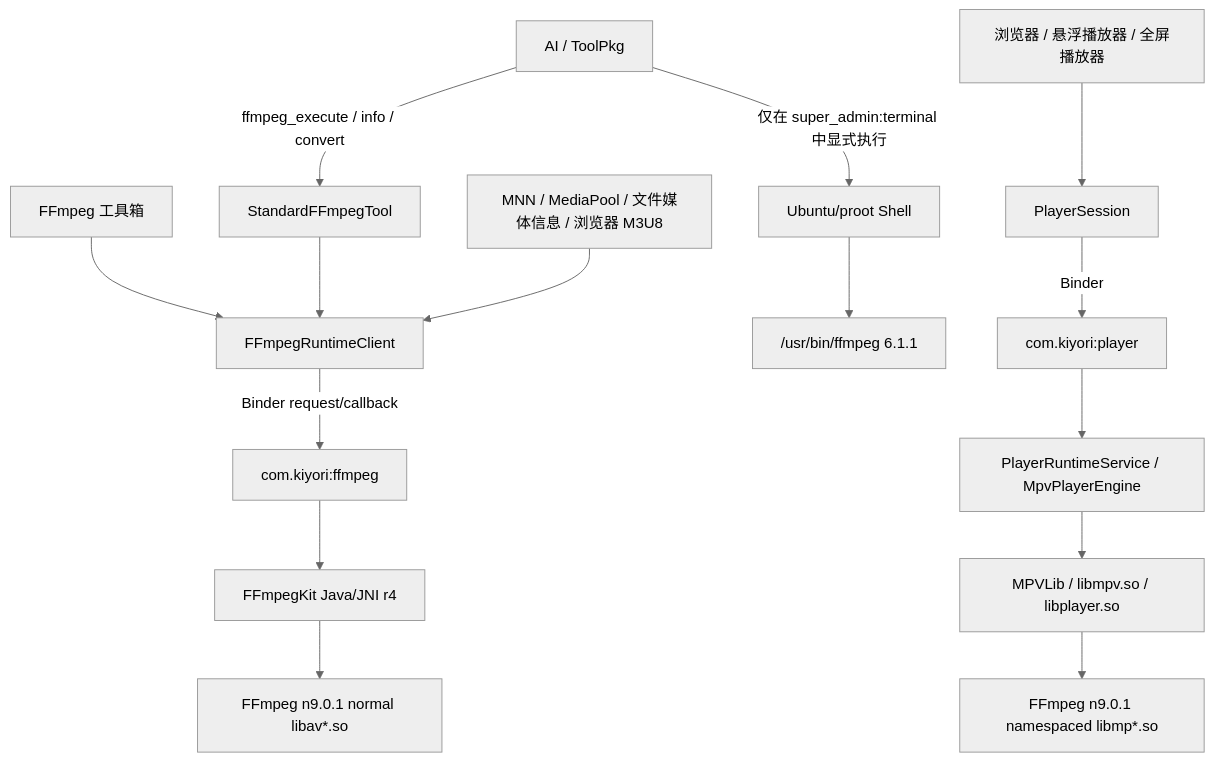
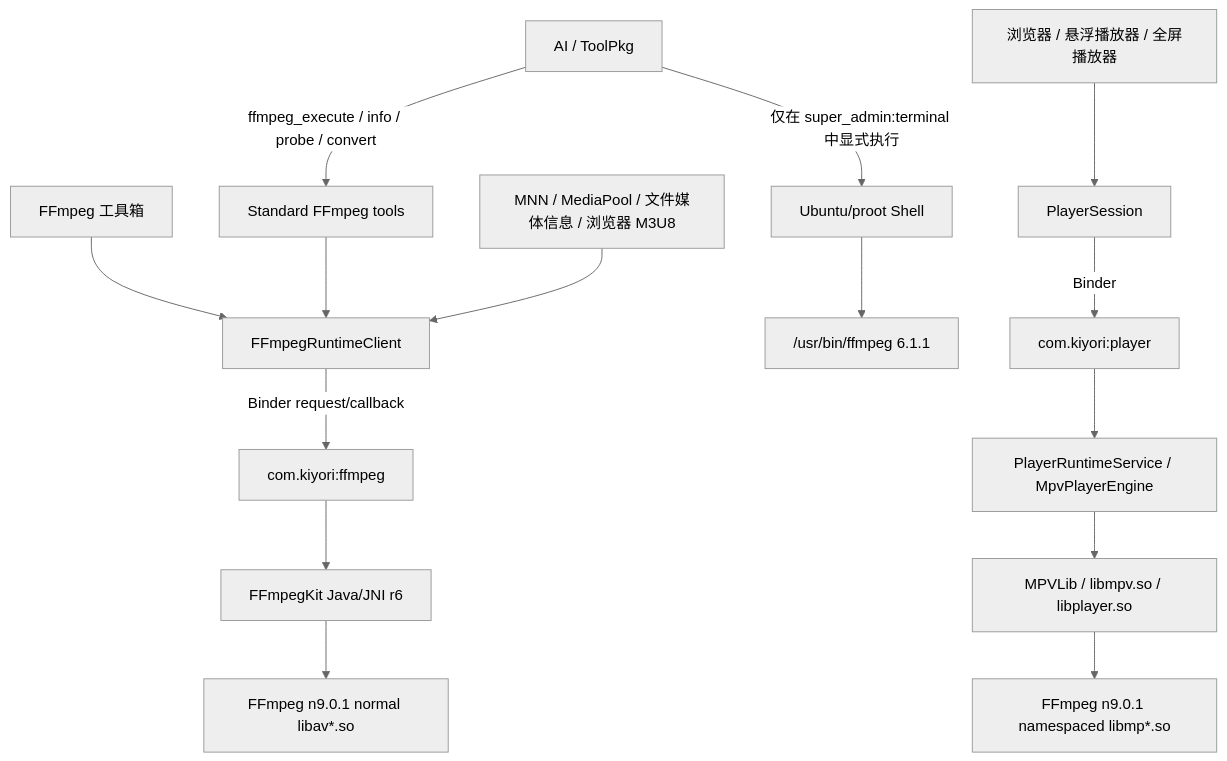
One commit to Kiyori-CN/Kiyori changed the first of 2 diagrams in docs/doc-src/dev-core/FFMPEG_ARCHITECTURE.md. Above: the diagram before and after it, drawn with Mermaid (neutral theme). The commit also changed other lines of this file and 59 other files, not shown here.

````diff
--- a/docs/doc-src/dev-core/FFMPEG_ARCHITECTURE.md
+++ b/docs/doc-src/dev-core/FFMPEG_ARCHITECTURE.md
@@ -93,24 +93,24 @@
 ```mermaid
 flowchart TD
     AI["AI / ToolPkg"]
     Toolbox["FFmpeg 工具箱"]
     Internal["MNN / MediaPool / 文件媒体信息 / 浏览器 M3U8"]
     BrowserUI["浏览器 / 悬浮播放器 / 全屏播放器"]
 
-    AI -->|"ffmpeg_execute / info / convert"| StandardTool["StandardFFmpegTool"]
+    AI -->|"ffmpeg_execute / info / probe / convert"| StandardTool["Standard FFmpeg tools"]
     Toolbox --> RuntimeClient["FFmpegRuntimeClient"]
     StandardTool --> RuntimeClient
     Internal --> RuntimeClient
     RuntimeClient -->|"Binder request/callback"| FFmpegProcess["com.kiyori:ffmpeg"]
-    FFmpegProcess --> KitJNI["FFmpegKit Java/JNI r4"]
+    FFmpegProcess --> KitJNI["FFmpegKit Java/JNI r6"]
     KitJNI --> NormalClosure["FFmpeg n9.0.1 normal libav*.so"]
 
     AI -->|"仅在 super_admin:terminal 中显式执行"| UbuntuShell["Ubuntu/proot Shell"]
     UbuntuShell --> UbuntuFFmpeg["/usr/bin/ffmpeg 6.1.1"]
 
     BrowserUI --> PlayerSession["PlayerSession"]
     PlayerSession -->|"Binder"| PlayerProcess["com.kiyori:player"]
     PlayerProcess --> MpvEngine["PlayerRuntimeService / MpvPlayerEngine"]
     MpvEngine --> MpvJNI["MPVLib / libmpv.so / libplayer.so"]
     MpvJNI --> NamespacedClosure["FFmpeg n9.0.1 namespaced libmp*.so"]
 ```
````
